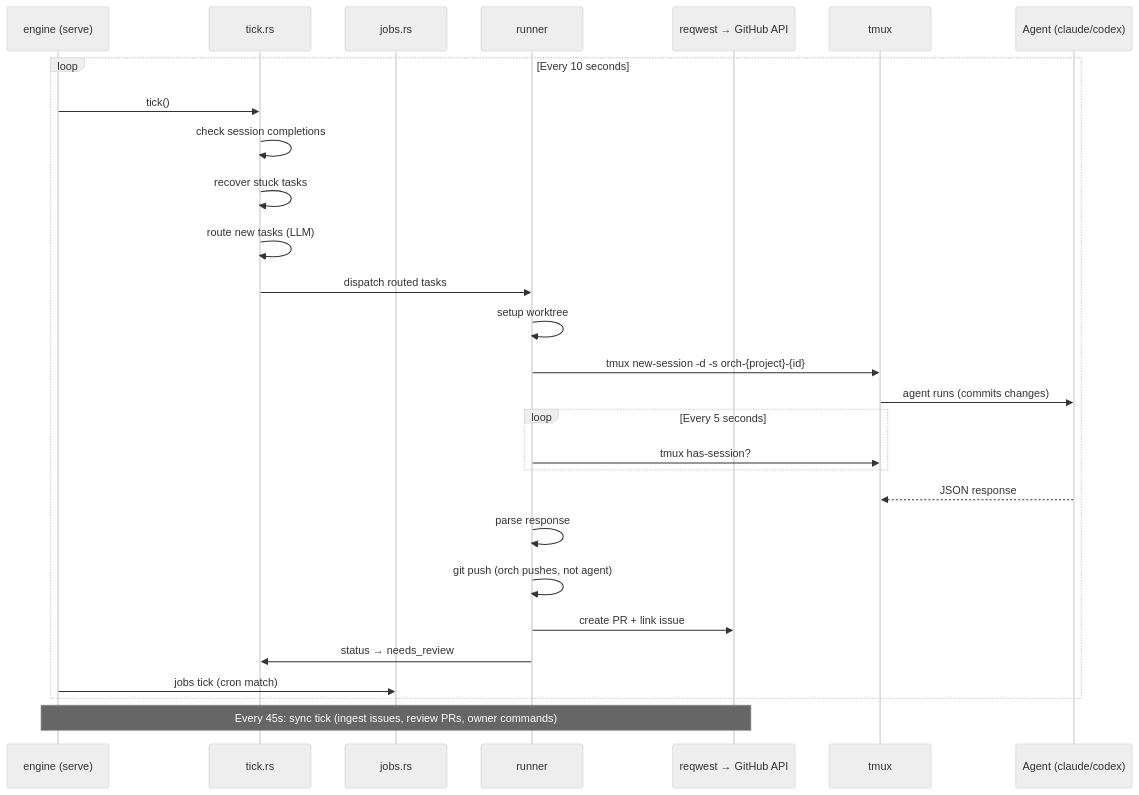
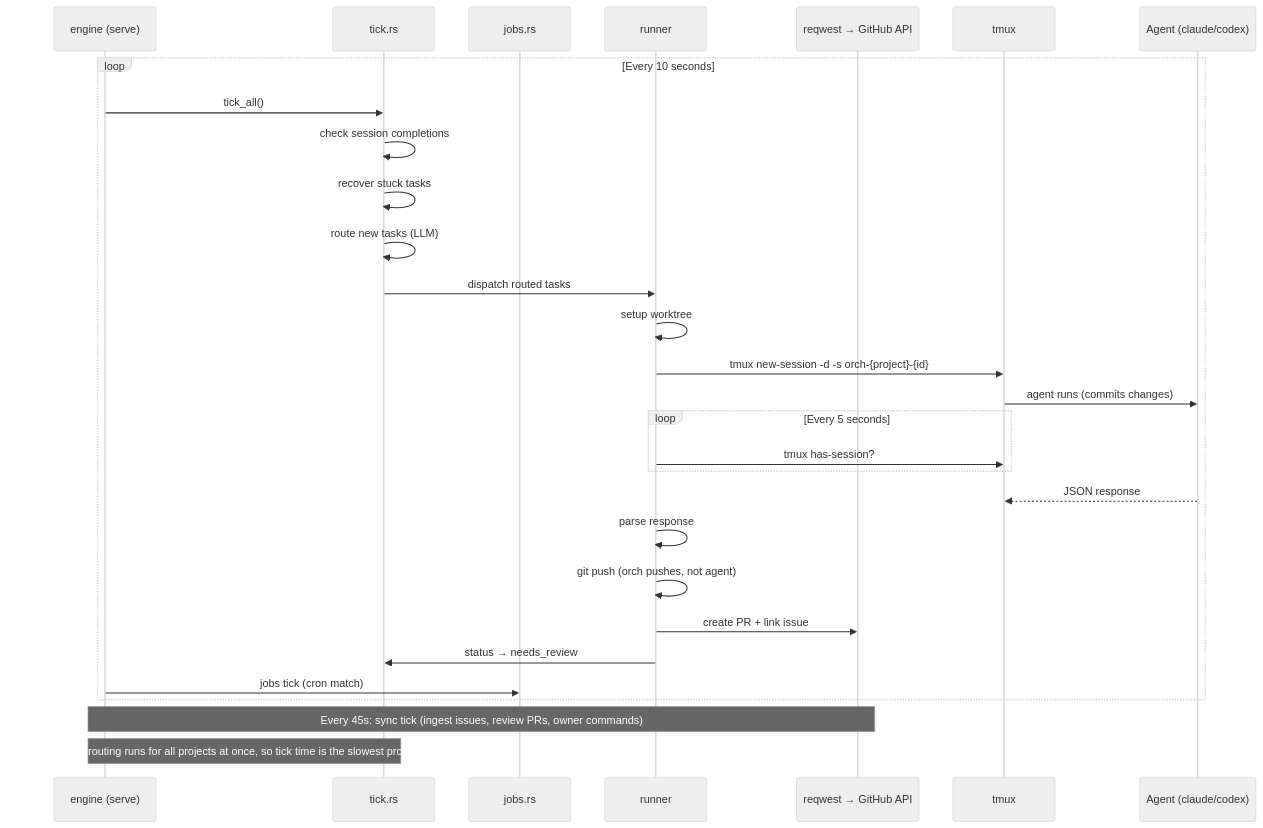
The second of 3 diagrams in docs/architecture.md (gabrielkoerich/orch), drawn with Mermaid (neutral theme) before and after one commit. The commit also changed other lines of this file and 3 other files, not shown here.

First line of the commit message:
Tick and sync time grow with each project because projects are handled one after another (#3872)

````diff
--- a/docs/architecture.md
+++ b/docs/architecture.md
@@ -103,34 +103,35 @@
 ```mermaid
 sequenceDiagram
     participant S as engine (serve)
     participant P as tick.rs
     participant J as jobs.rs
     participant R as runner
     participant GH as reqwest → GitHub API
     participant T as tmux
     participant A as Agent (claude/codex)
 
     loop Every 10 seconds
-        S->>P: tick()
+        S->>P: tick_all()
         P->>P: check session completions
         P->>P: recover stuck tasks
         P->>P: route new tasks (LLM)
         P->>R: dispatch routed tasks
 
         R->>R: setup worktree
         R->>T: tmux new-session -d -s orch-{project}-{id}
         T->>A: agent runs (commits changes)
         loop Every 5 seconds
             R->>T: tmux has-session?
         end
         A-->>T: JSON response
         R->>R: parse response
         R->>R: git push (orch pushes, not agent)
         R->>GH: create PR + link issue
         R->>P: status → needs_review
 
         S->>J: jobs tick (cron match)
     end
 
     Note over S,GH: Every 45s: sync tick (ingest issues, review PRs, owner commands)
+    Note over S,P: Every phase but routing runs for all projects at once, so tick time is the slowest project, not the sum
 ```
````
